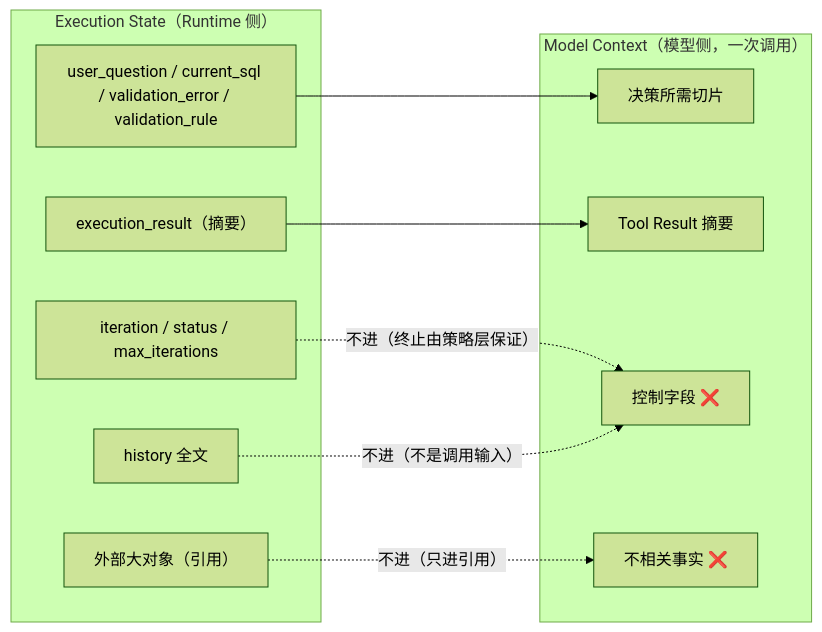
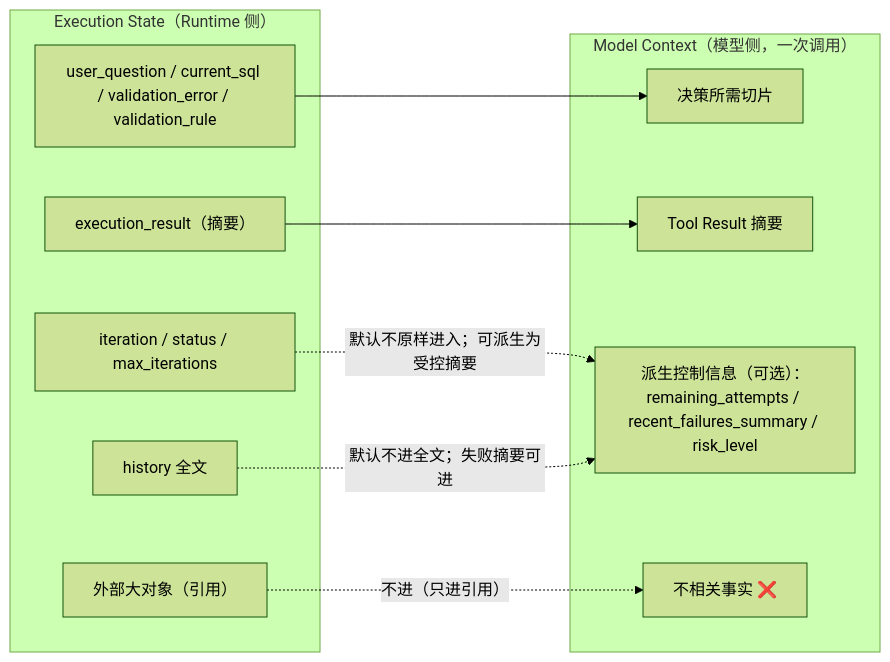
One commit to AnRun-M/enterprise-ai-agent-handbook changed the first of 4 diagrams in docs/02-agent-runtime/ch03-model-context.md. Above: the diagram before and after it, drawn with Mermaid (forest theme). The commit also changed other lines of this file, not shown here.

````diff
--- a/docs/02-agent-runtime/ch03-model-context.md
+++ b/docs/02-agent-runtime/ch03-model-context.md
@@ -53,21 +62,21 @@
 ```mermaid
 flowchart LR
     subgraph STATE["Execution State（Runtime 侧）"]
         A1["user_question / current_sql / validation_error / validation_rule"]
         A2["execution_result（摘要）"]
         B1["iteration / status / max_iterations"]
         B2["history 全文"]
         B3["外部大对象（引用）"]
     end
     subgraph CTX["Model Context（模型侧，一次调用）"]
         C1["决策所需切片"]
         C2["Tool Result 摘要"]
-        D["控制字段 ❌"]
+        D["派生控制信息（可选）：remaining_attempts / recent_failures_summary / risk_level"]
         E["不相关事实 ❌"]
     end
     A1 --> C1
     A2 --> C2
-    B1 -. "不进（终止由策略层保证）" .-> D
-    B2 -. "不进（不是调用输入）" .-> D
+    B1 -. "默认不原样进入；可派生为受控摘要" .-> D
+    B2 -. "默认不进全文；失败摘要可进" .-> D
     B3 -. "不进（只进引用）" .-> E
 ```
````
